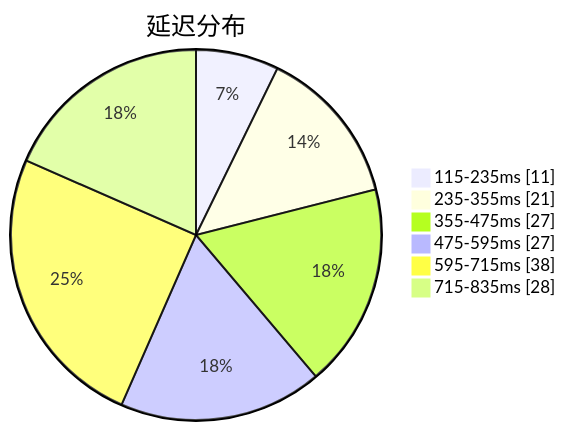
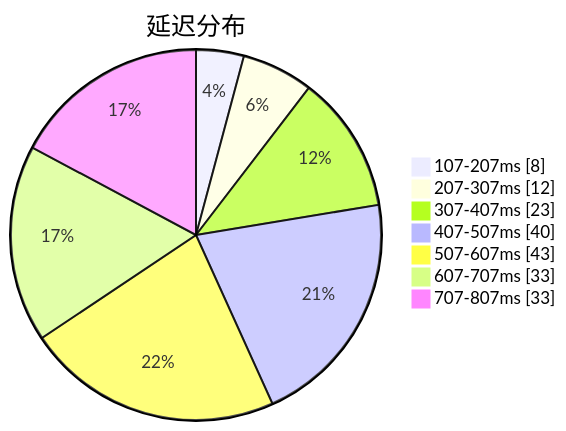
The first of 3 diagrams in subs/statistics/tested_within.md (sinspired/airport), drawn with Mermaid before and after one commit. The commit also changed other lines of this file and 2 other files, not shown here.

````diff
--- a/subs/statistics/tested_within.md
+++ b/subs/statistics/tested_within.md
@@ -2,10 +2,11 @@
 ```mermaid
 pie showData
 title 延迟分布
-"115-235ms" : 11
-"235-355ms" : 21
-"355-475ms" : 27
-"475-595ms" : 27
-"595-715ms" : 38
-"715-835ms" : 28
+"107-207ms" : 8
+"207-307ms" : 12
+"307-407ms" : 23
+"407-507ms" : 40
+"507-607ms" : 43
+"607-707ms" : 33
+"707-807ms" : 33
 ```
````
